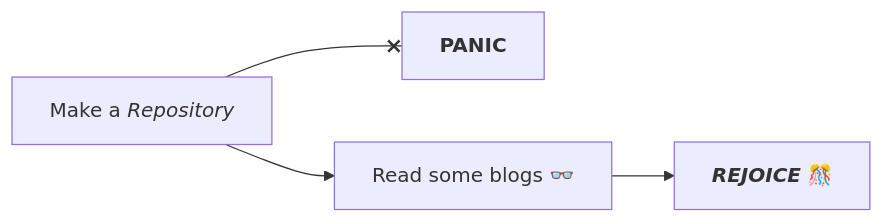
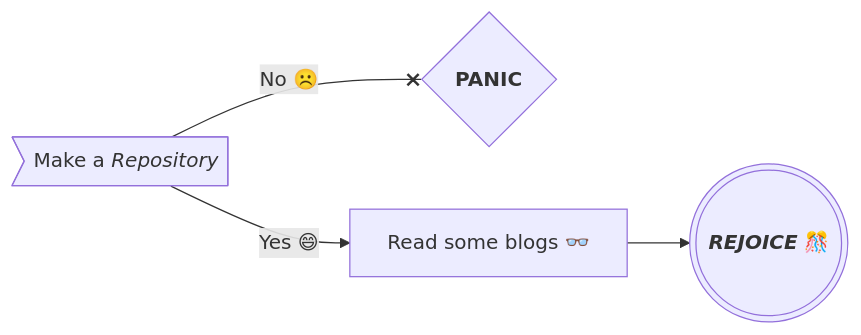
Before and after one commit to ADMBSL/Alison: the diagram in README.md, drawn with Mermaid.

````diff
--- a/README.md
+++ b/README.md
@@ -18,6 +18,6 @@
 ```mermaid
 flowchart LR;
-    A["`Make a _Repository_`"]--xB["`**PANIC**`"];
-    A-->C["`Read  some blogs 👓`"];
-    C-->D["`**_REJOICE_** 🎊`"];
+    A>"`Make a _Repository_`"] -- No ☹️ --xB{"`**PANIC**`"};
+    A -- Yes 😄 -->C["`Read  some blogs 👓`"];
+    C -->D((("`**_REJOICE_** 🎊`")));
 ```
````
